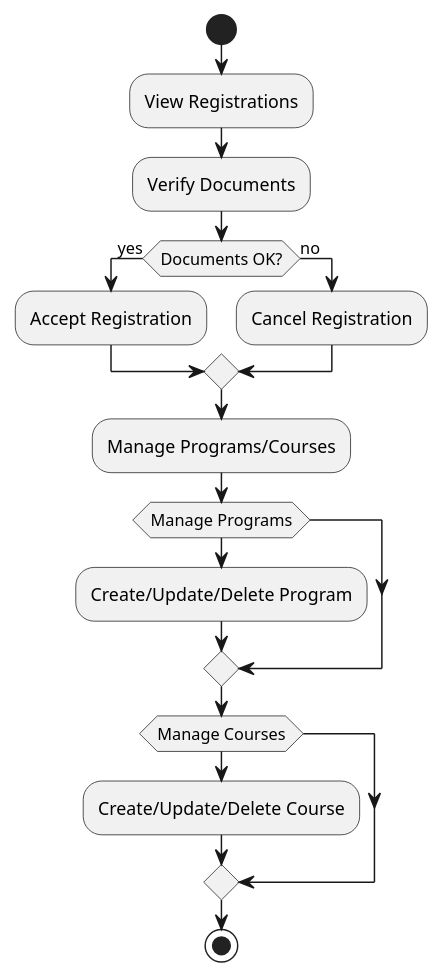
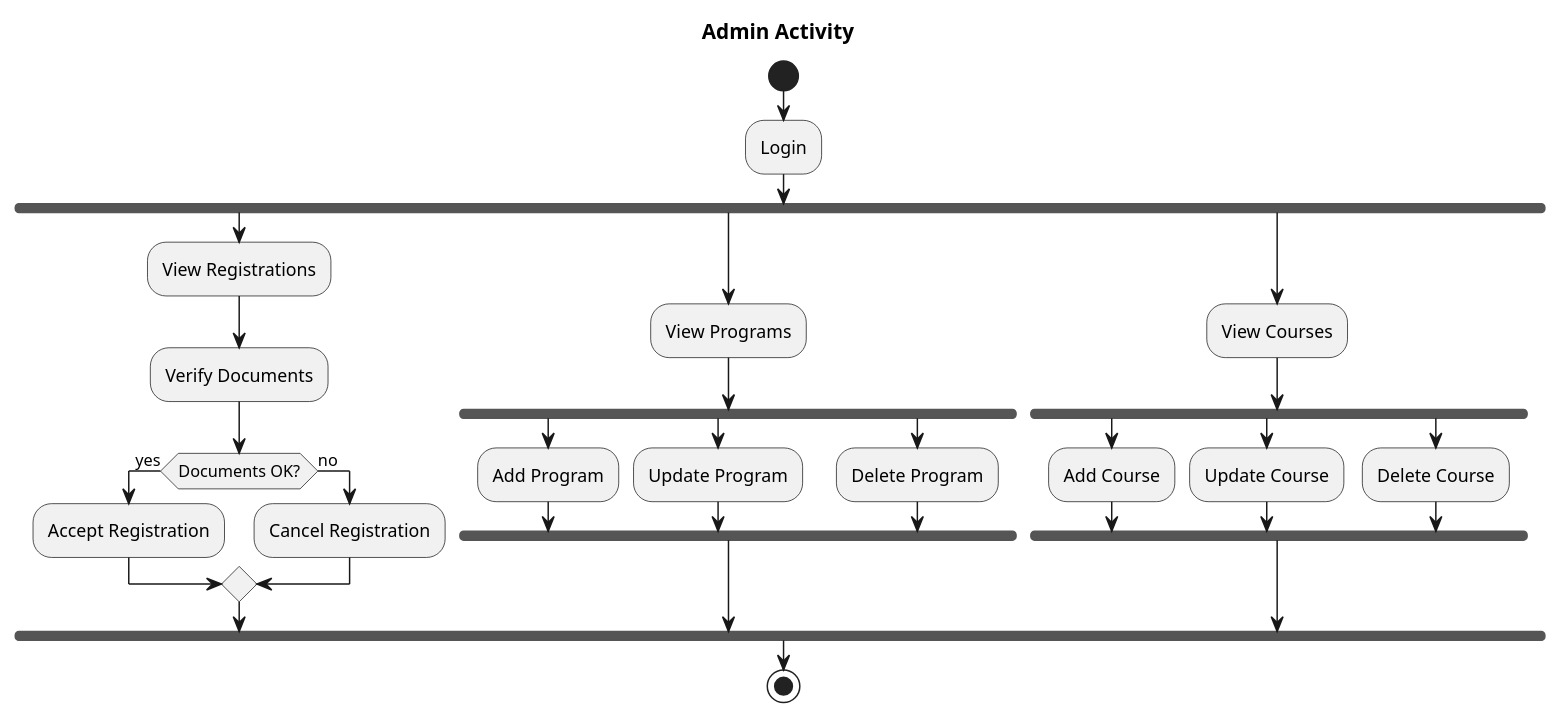
One commit to ajimbong/flask-registration-platform changed the diagram in diagrams/admin_activity.plantuml. Above: the diagram before and after it, drawn with PlantUML. The commit also changed 42 other files, not shown here.

```diff
--- a/diagrams/admin_activity.plantuml
+++ b/diagrams/admin_activity.plantuml
@@ -1,18 +1,34 @@
 @startuml
+title Admin Activity
 start
-:View Registrations;
-:Verify Documents;
-if (Documents OK?) then (yes)
+:Login;
+fork
+  :View Registrations;
+  :Verify Documents;
+  if (Documents OK?) then (yes)
     :Accept Registration;
 else (no)
     :Cancel Registration;
 endif
-:Manage Programs/Courses;
-if (Manage Programs) then
-    :Create/Update/Delete Program;
-endif
-if (Manage Courses) then
-    :Create/Update/Delete Course;
-endif
+fork again
+  :View Programs;
+  fork
+  :Add Program;
+  fork again
+  :Update Program;
+  fork again
+  :Delete Program;
+  end fork
+fork again
+  :View Courses;
+  fork
+  :Add Course;
+  fork again
+  :Update Course;
+  fork again
+  :Delete Course;
+  end fork
+
+end fork
 stop
 @enduml
```
